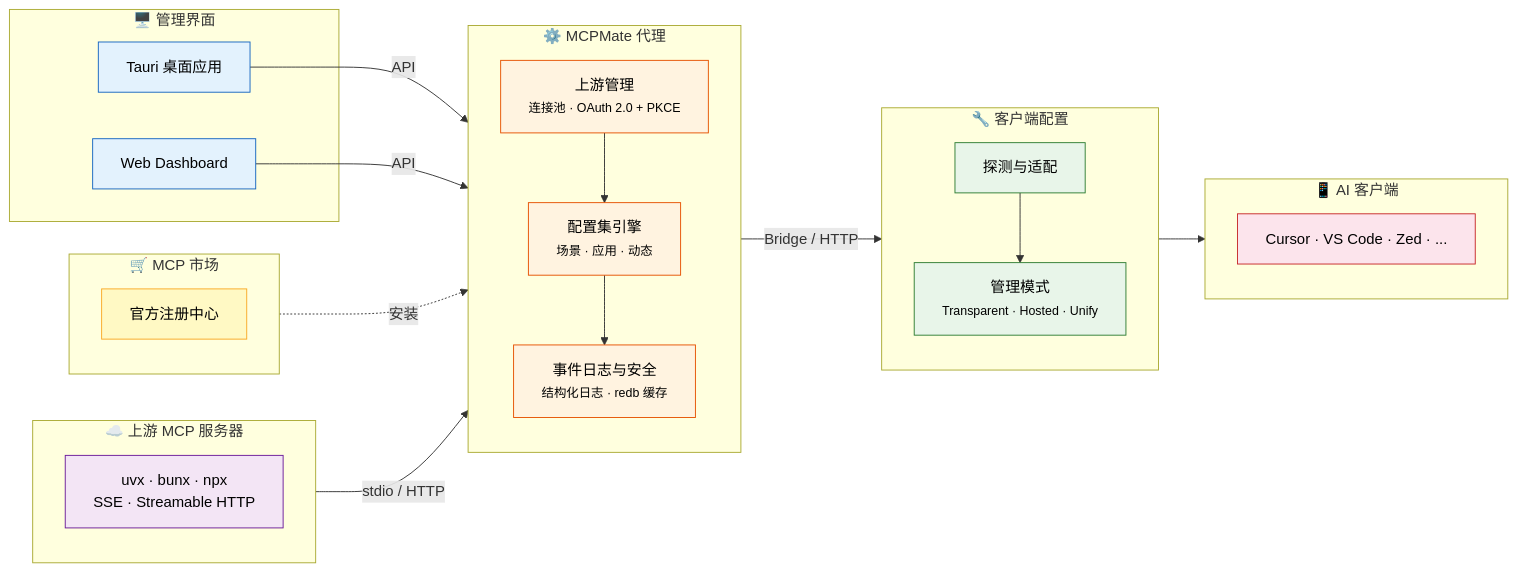
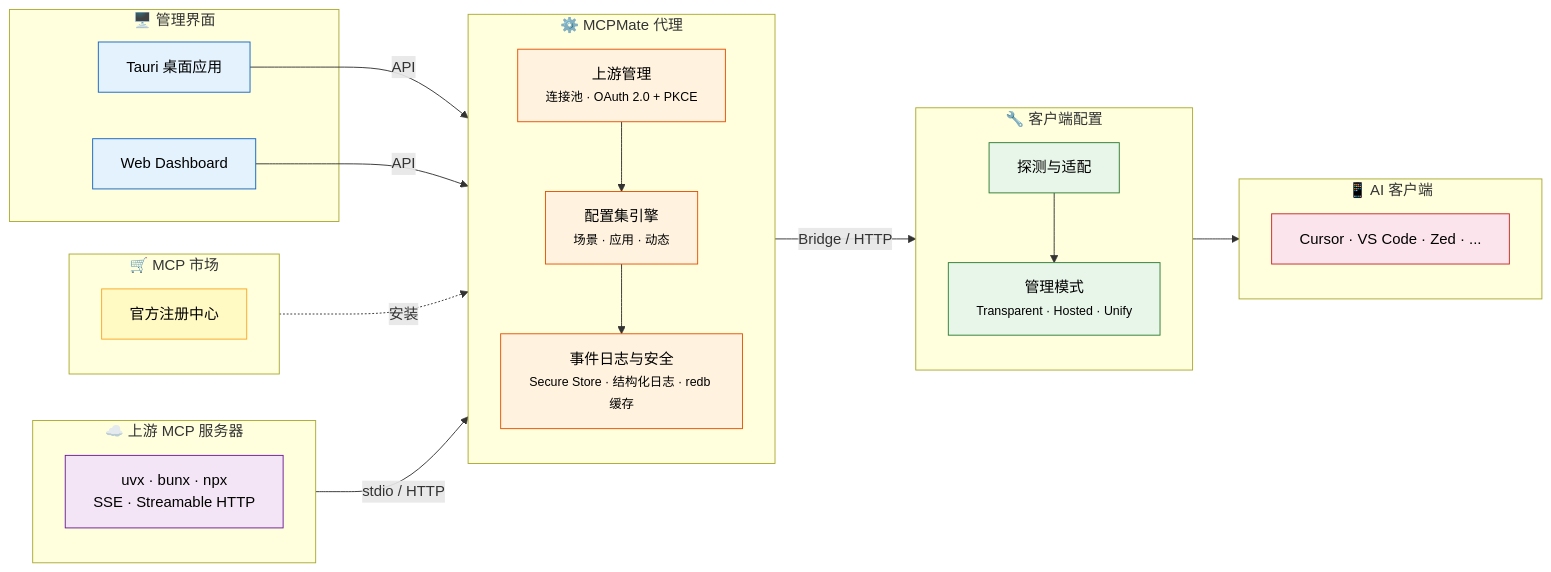
Before and after one commit to loocor/mcpmate: the diagram in README_CN.md, drawn with Mermaid. The commit also changed other lines of this file and 20 other files, not shown here.

````diff
--- a/README_CN.md
+++ b/README_CN.md
@@ -79,55 +79,55 @@
 ```mermaid
 flowchart LR
     subgraph mgmt ["🖥️ 管理界面"]
         APP["Tauri 桌面应用"]
         DASH["Web Dashboard"]
     end
 
     subgraph proxy ["⚙️ MCPMate 代理"]
         direction TB
         UP["上游管理<br/><small>连接池 · OAuth 2.0 + PKCE</small>"]
         PROF["配置集引擎<br/><small>场景 · 应用 · 动态</small>"]
-        SEC["事件日志与安全<br/><small>结构化日志 · redb 缓存</small>"]
+        SEC["事件日志与安全<br/><small>Secure Store · 结构化日志 · redb 缓存</small>"]
         UP --> PROF --> SEC
     end
 
     subgraph cfg ["🔧 客户端配置"]
         direction TB
         DET["探测与适配"]
         MODES["管理模式<br/><small>Transparent · Hosted · Unify</small>"]
         DET --> MODES
     end
 
     subgraph clients ["📱 AI 客户端"]
         C["Cursor · VS Code · Zed · ..."]
     end
 
     subgraph upstream ["☁️ 上游 MCP 服务器"]
         S["uvx · bunx · npx<br/>SSE · Streamable HTTP"]
     end
 
     subgraph market ["🛒 MCP 市场"]
         M["官方注册中心"]
     end
 
     APP -->|"API"| proxy
     DASH -->|"API"| proxy
     market -.->|"安装"| proxy
     upstream -->|"stdio / HTTP"| proxy
     proxy -->|"Bridge / HTTP"| cfg
     MODES --> clients
 
     classDef mgmt fill:#e3f2fd,stroke:#1565c0,color:#000
     classDef proxy fill:#fff3e0,stroke:#e65100,color:#000
     classDef cfg fill:#e8f5e9,stroke:#2e7d32,color:#000
     classDef clients fill:#fce4ec,stroke:#c62828,color:#000
     classDef upstream fill:#f3e5f5,stroke:#6a1b9a,color:#000
     classDef market fill:#fff9c4,stroke:#f9a825,color:#000
 
     class APP,DASH mgmt
     class UP,PROF,SEC proxy
     class DET,MODES cfg
     class C clients
     class S upstream
     class M market
 ```
````
